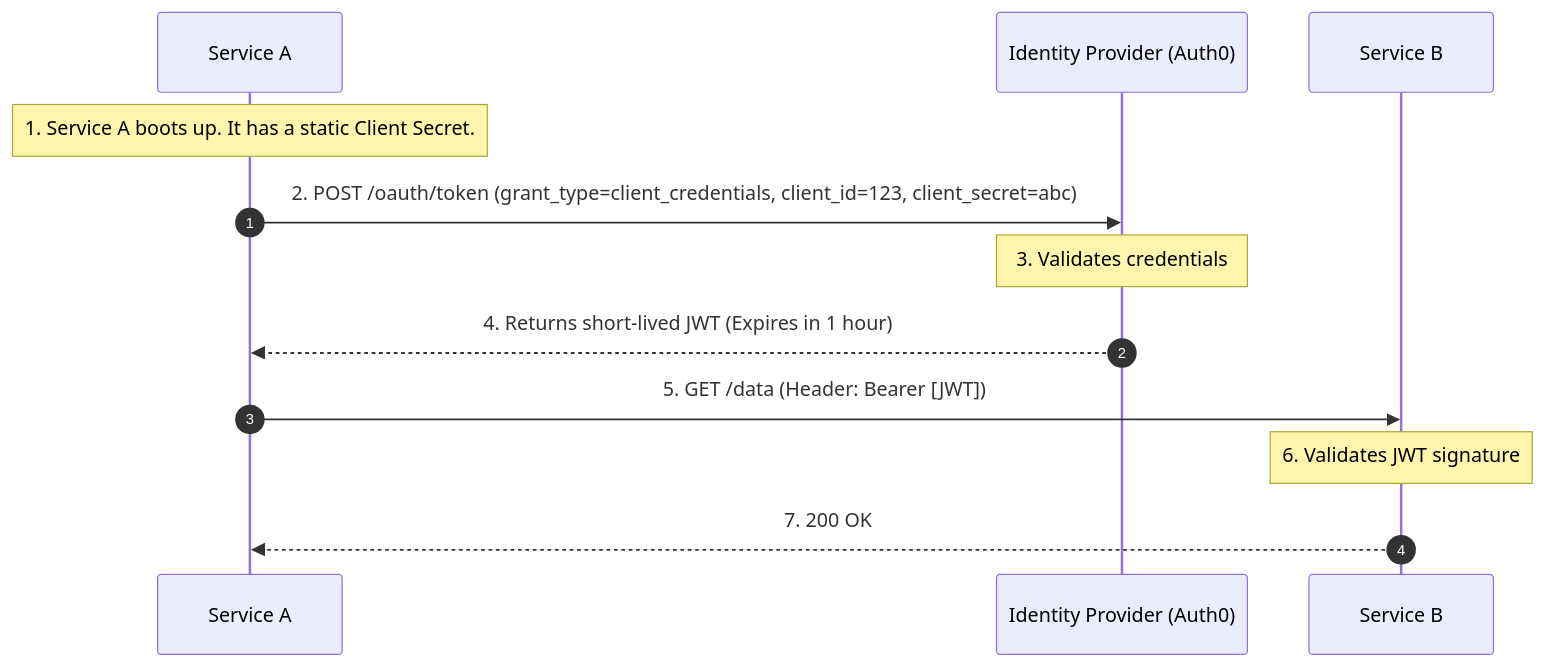
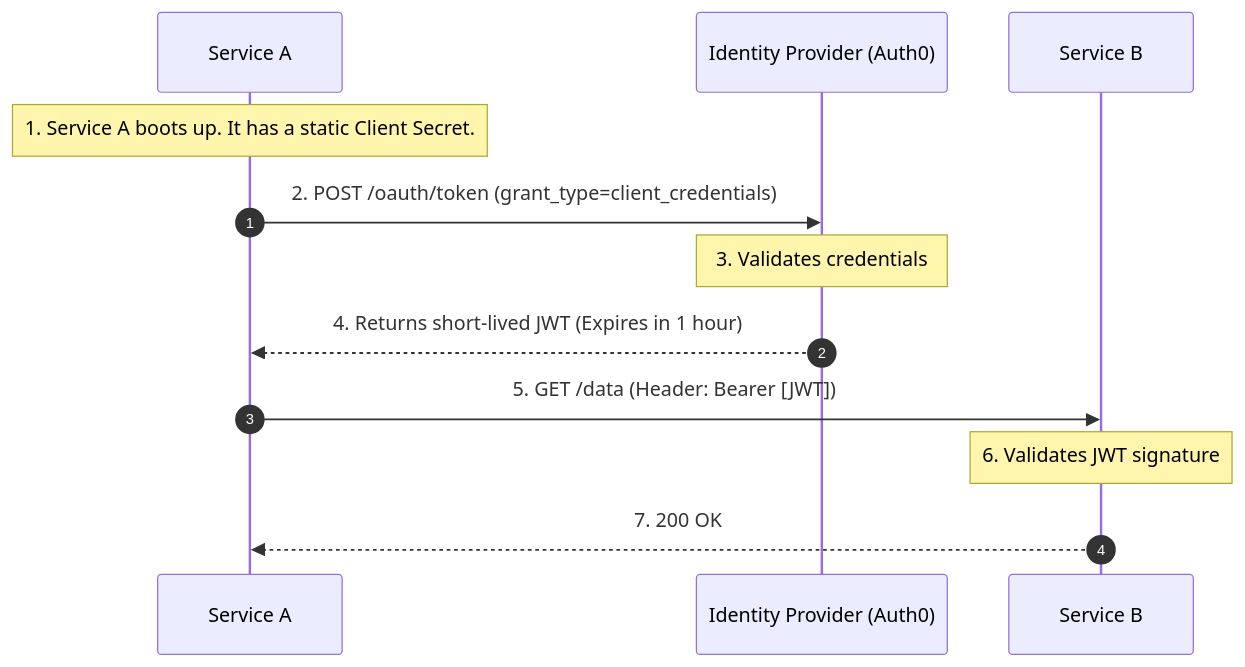
One commit to nirajp82/IdentityAccessManagement_IAM changed the first of 3 diagrams in Quiz/05_machine_to_machine_m2m_and_workload_identity.md. Above: the diagram before and after it, drawn with Mermaid. The commit also changed other lines of this file, not shown here.

````diff
--- a/Quiz/05_machine_to_machine_m2m_and_workload_identity.md
+++ b/Quiz/05_machine_to_machine_m2m_and_workload_identity.md
@@ -45,19 +48,19 @@
 ```mermaid
 sequenceDiagram
     autonumber
     participant ServiceA as Service A
     participant IDP as Identity Provider (Auth0)
     participant ServiceB as Service B
 
     Note over ServiceA: 1. Service A boots up. It has a static Client Secret.
-    ServiceA->>IDP: 2. POST /oauth/token (grant_type=client_credentials, client_id=123, client_secret=abc)
+    ServiceA->>IDP: 2. POST /oauth/token (grant_type=client_credentials)
     
     Note over IDP: 3. Validates credentials
     IDP-->>ServiceA: 4. Returns short-lived JWT (Expires in 1 hour)
     
     ServiceA->>ServiceB: 5. GET /data (Header: Bearer [JWT])
     
     Note over ServiceB: 6. Validates JWT signature
     ServiceB-->>ServiceA: 7. 200 OK
 
 ```
````
